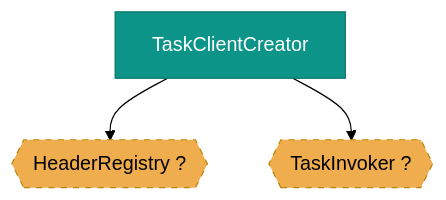
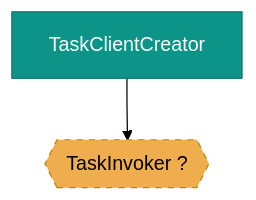
One commit to deanhiller/webpieces-ts changed the diagram in packages/cloud/cloudtasks-client/design.md. Above: the diagram before and after it, drawn with Mermaid (forest theme). The commit also changed 49 other files, not shown here.

Commit message:
Squash merge of deanhiller/di-graph-external-boundarywp4

````diff
--- a/packages/cloud/cloudtasks-client/design.md
+++ b/packages/cloud/cloudtasks-client/design.md
@@ -13,13 +13,11 @@
 ```mermaid
 graph TD
-    HeaderRegistry{{"HeaderRegistry ?"}}:::unresolved
     TaskClientCreator["TaskClientCreator"]:::apiImpl
     TaskInvoker{{"TaskInvoker ?"}}:::unresolved
-    TaskClientCreator --> HeaderRegistry
     TaskClientCreator --> TaskInvoker
     classDef controller fill:#1f6feb,color:#ffffff,stroke:#0d419d
     classDef apiImpl fill:#0d9488,color:#ffffff,stroke:#0f766e
     classDef component fill:#2da44e,color:#ffffff,stroke:#1a7f37
     classDef unresolved fill:#f0ad4e,color:#000000,stroke:#b8860b,stroke-dasharray: 5 5
     classDef external fill:#b39ddb,color:#000000,stroke:#5e35b1,stroke-width:3px
 ```
````
